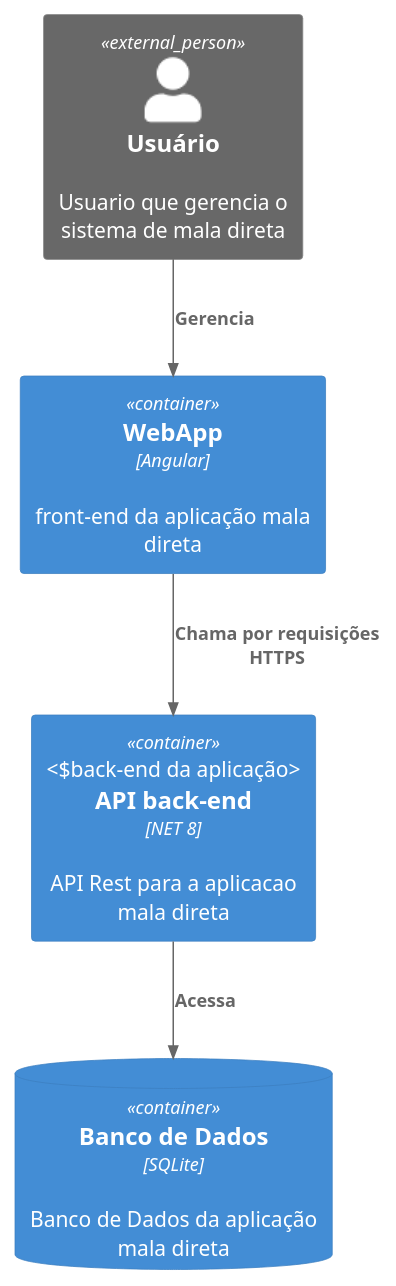
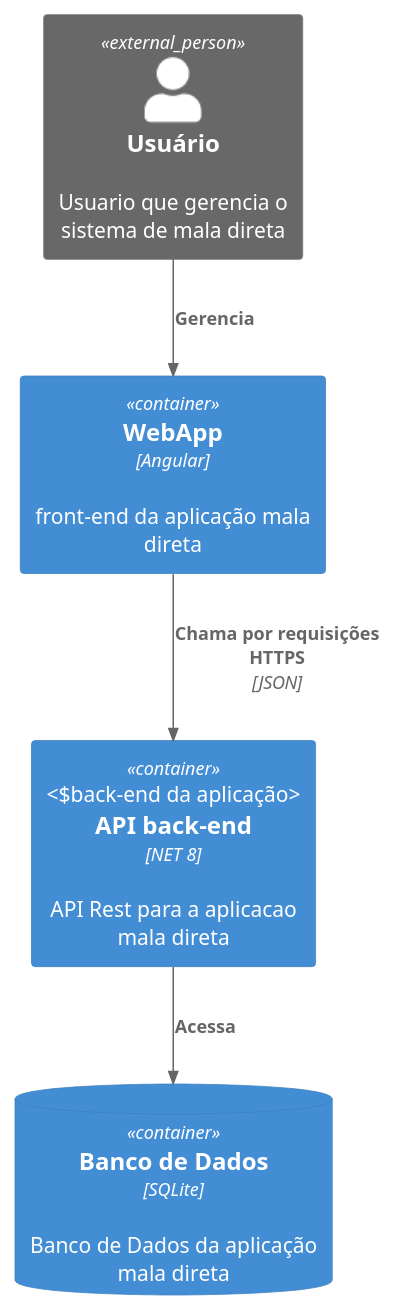
The diagram in docs/C4/Container.puml (samorysundjata/MalaDiretaCSharp), drawn with PlantUML before and after one commit. The commit also changed 15 other files, not shown here.

```diff
--- a/docs/C4/Container.puml
+++ b/docs/C4/Container.puml
@@ -1,14 +1,14 @@
 @startuml Maladireta-Container
 !includeurl https://raw.githubusercontent.com/plantuml-stdlib/C4-PlantUML/master/C4_Container.puml
 
 Person_Ext(usuario, "Usuário", "Usuario que gerencia o sistema de mala direta")
 Container(webapp, "WebApp", "Angular", "front-end da aplicação mala direta")
 Container(api, "API back-end", "NET 8", "API Rest para a aplicacao mala direta", "back-end da aplicação")
 ContainerDb(database, "Banco de Dados", "SQLite", "Banco de Dados da aplicação mala direta")
 
 
 Rel(usuario, webapp, "Gerencia")
-Rel(webapp, api, "Chama por requisições HTTPS")
+Rel(webapp, api, "Chama por requisições HTTPS", "JSON")
 Rel(api, database, "Acessa")
 
 @enduml
```
